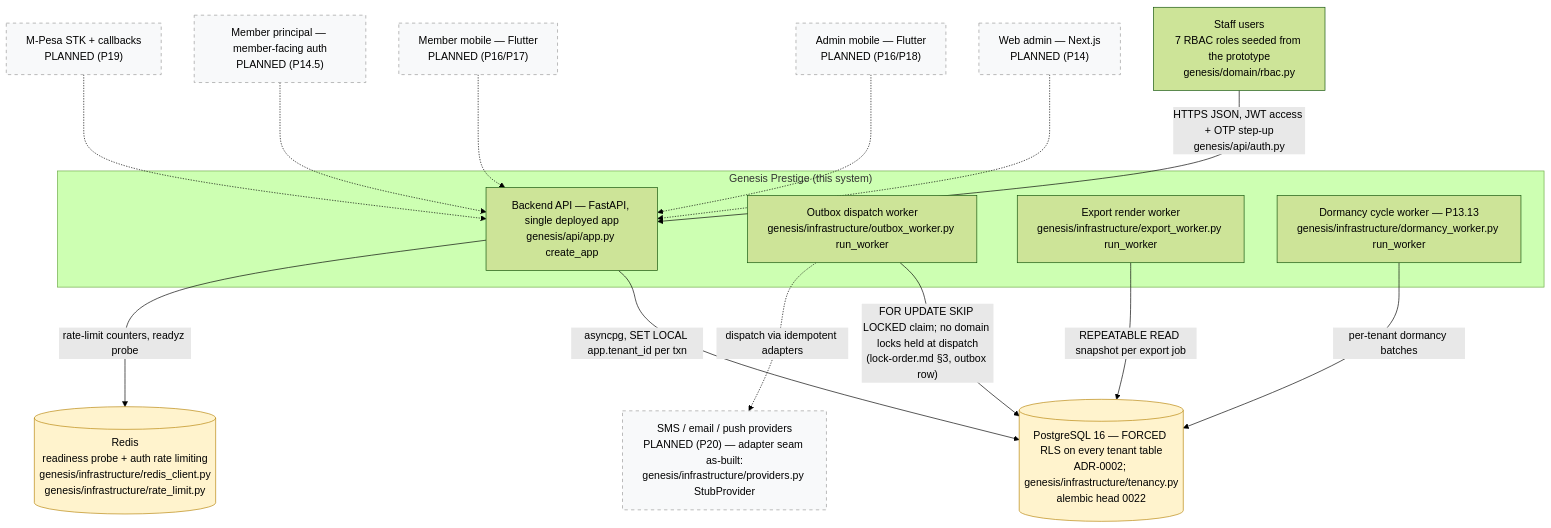
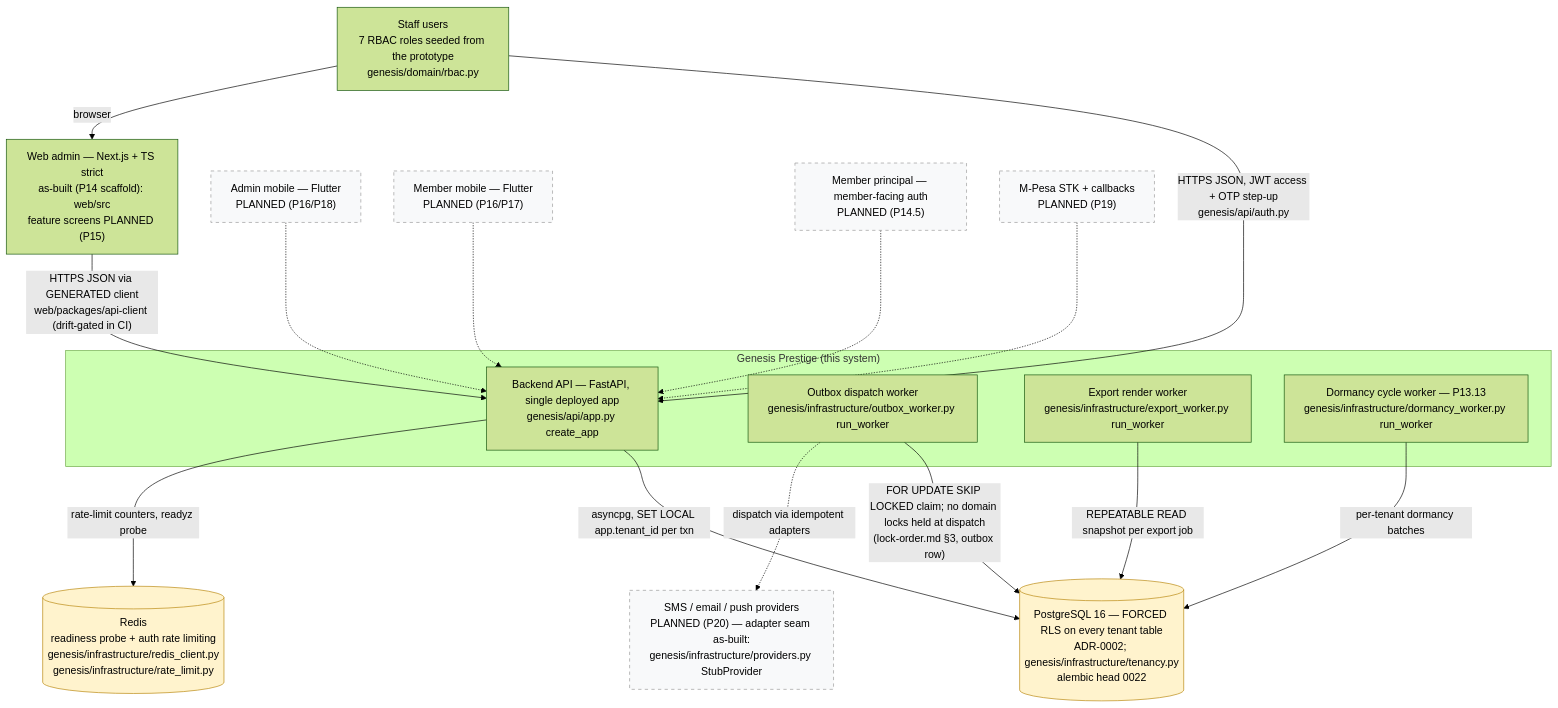
The diagram in docs/diagrams/c4-context.md (Benson-Kim/genesis-sacco), drawn with Mermaid (forest theme) before and after one commit. The commit also changed other lines of this file and 1 other file, not shown here.

First line of the commit message:
docs: C4 L1 web container as-built (rule 11); status register P14 in progress

````diff
--- a/docs/diagrams/c4-context.md
+++ b/docs/diagrams/c4-context.md
@@ -24,43 +25,44 @@
 ```mermaid
 flowchart TB
     %% Authored against main @ 08541b860f1445b16c342c39b6606d86b9dbeb17
     %% L1 context — as-built boxes cite genesis modules; dashed = PLANNED (Pn).
 
     STAFF["Staff users<br/>7 RBAC roles seeded from the prototype<br/>genesis/domain/rbac.py"]
 
     subgraph SYS["Genesis Prestige (this system)"]
         API["Backend API — FastAPI, single deployed app<br/>genesis/api/app.py create_app"]
         OBW["Outbox dispatch worker<br/>genesis/infrastructure/outbox_worker.py run_worker"]
         EXW["Export render worker<br/>genesis/infrastructure/export_worker.py run_worker"]
         DMW["Dormancy cycle worker — P13.13<br/>genesis/infrastructure/dormancy_worker.py run_worker"]
     end
 
     PG[("PostgreSQL 16 — FORCED RLS on every tenant table<br/>ADR-0002; genesis/infrastructure/tenancy.py<br/>alembic head 0022")]
     RD[("Redis<br/>readiness probe + auth rate limiting<br/>genesis/infrastructure/redis_client.py<br/>genesis/infrastructure/rate_limit.py")]
 
-    WEB["Web admin — Next.js<br/>PLANNED (P14)"]
+    WEB["Web admin — Next.js + TS strict<br/>as-built (P14 scaffold): web/src<br/>feature screens PLANNED (P15)"]
     ADM["Admin mobile — Flutter<br/>PLANNED (P16/P18)"]
     MEM["Member mobile — Flutter<br/>PLANNED (P16/P17)"]
     MPR["Member principal — member-facing auth<br/>PLANNED (P14.5)"]
     MPESA["M-Pesa STK + callbacks<br/>PLANNED (P19)"]
     PROV["SMS / email / push providers<br/>PLANNED (P20) — adapter seam as-built:<br/>genesis/infrastructure/providers.py StubProvider"]
 
     STAFF -->|"HTTPS JSON, JWT access + OTP step-up<br/>genesis/api/auth.py"| API
     API -->|"asyncpg, SET LOCAL app.tenant_id per txn"| PG
     API -->|"rate-limit counters, readyz probe"| RD
     OBW -->|"FOR UPDATE SKIP LOCKED claim; no domain locks held at dispatch<br/>(lock-order.md §3, outbox row)"| PG
     EXW -->|"REPEATABLE READ snapshot per export job"| PG
     DMW -->|"per-tenant dormancy batches"| PG
     OBW -.->|"dispatch via idempotent adapters"| PROV
 
-    WEB -.-> API
+    STAFF -->|"browser"| WEB
+    WEB -->|"HTTPS JSON via GENERATED client<br/>web/packages/api-client (drift-gated in CI)"| API
     ADM -.-> API
     MEM -.-> API
     MPR -.-> API
     MPESA -.-> API
 
     classDef planned fill:#f8f9fa,stroke:#999,stroke-dasharray: 5 5;
-    class WEB,ADM,MEM,MPR,MPESA,PROV planned;
+    class ADM,MEM,MPR,MPESA,PROV planned;
     classDef store fill:#fff3cd,stroke:#b8860b;
     class PG,RD store;
 ```
````
